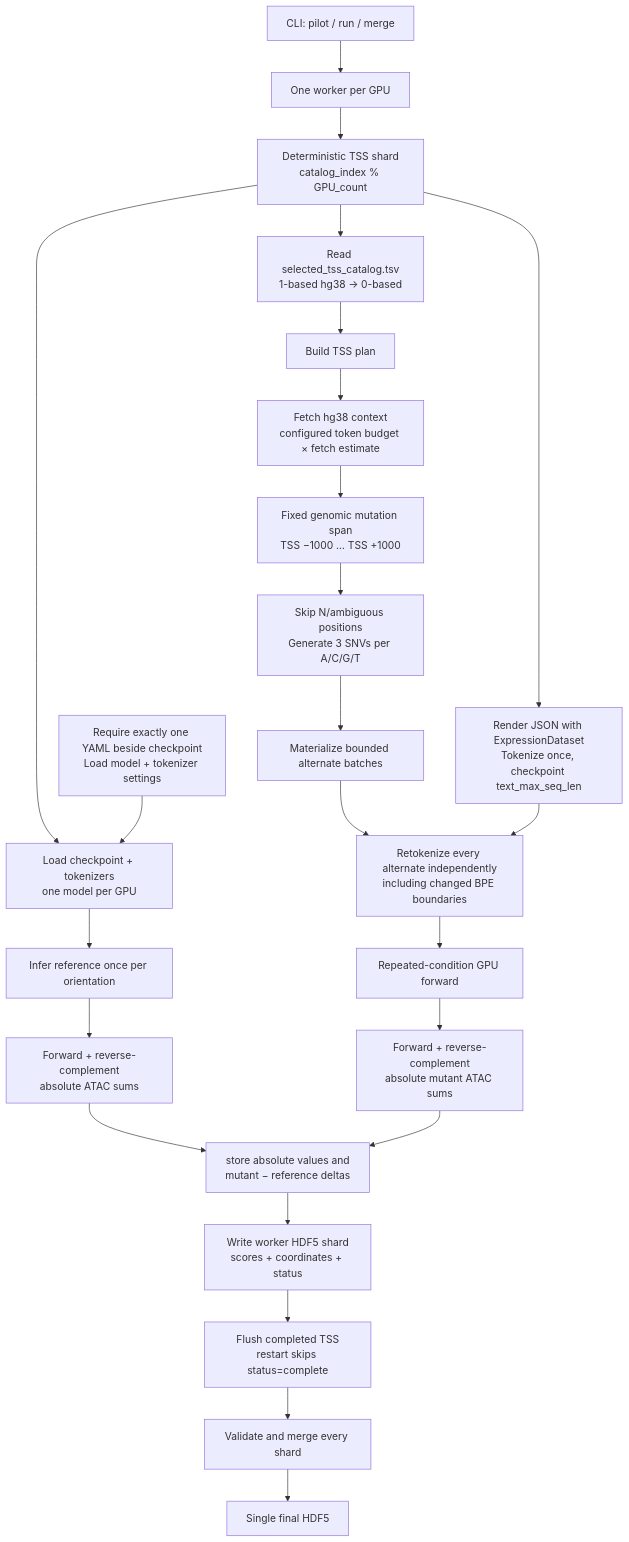
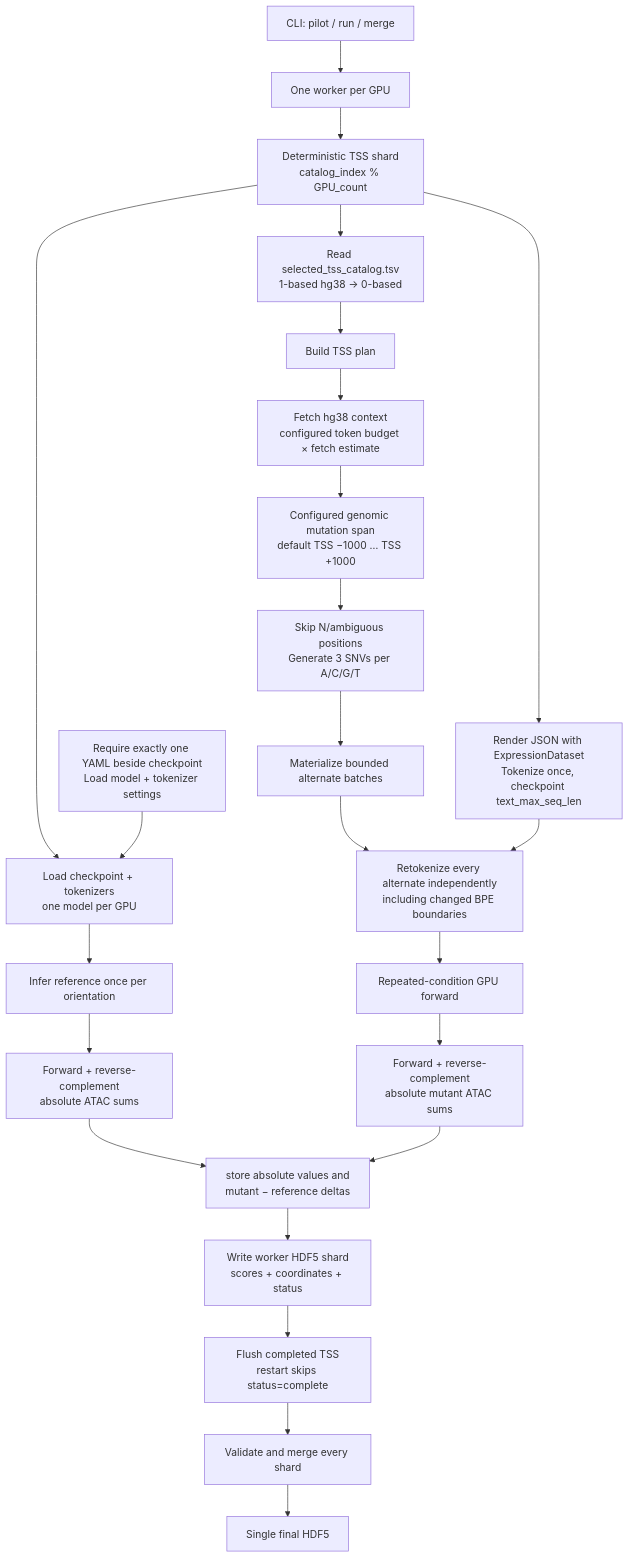
The diagram in downstream_tasks/expression_prediction/benchmarks/eQTL_genomics/CODE_REVIEW_GUIDE.md (AIRI-Institute/GENA_LM), drawn with Mermaid before and after one commit. The commit also changed other lines of this file and 4 other files, not shown here.

````diff
--- a/downstream_tasks/expression_prediction/benchmarks/eQTL_genomics/CODE_REVIEW_GUIDE.md
+++ b/downstream_tasks/expression_prediction/benchmarks/eQTL_genomics/CODE_REVIEW_GUIDE.md
@@ -14,32 +14,32 @@
 ```mermaid
 flowchart TD
     CLI["CLI: pilot / run / merge"] --> Launcher["One worker per GPU"]
     Launcher --> Shard["Deterministic TSS shard<br/>catalog_index % GPU_count"]
 
     Shard --> Catalog["Read selected_tss_catalog.tsv<br/>1-based hg38 → 0-based"]
     Shard --> Description["Render JSON with ExpressionDataset<br/>Tokenize once, checkpoint text_max_seq_len"]
     Shard --> Model["Load checkpoint + tokenizers<br/>one model per GPU"]
     ModelConfig["Require exactly one YAML beside checkpoint<br/>Load model + tokenizer settings"] --> Model
 
     Catalog --> Plan["Build TSS plan"]
     Plan --> Fetch["Fetch hg38 context<br/>configured token budget × fetch estimate"]
-    Fetch --> MutationSpan["Fixed genomic mutation span<br/>TSS −1000 … TSS +1000"]
+    Fetch --> MutationSpan["Configured genomic mutation span<br/>default TSS −1000 … TSS +1000"]
     MutationSpan --> Variants["Skip N/ambiguous positions<br/>Generate 3 SNVs per A/C/G/T"]
 
     Model --> Ref["Infer reference once per orientation"]
     Ref --> RefScore["Forward + reverse-complement<br/>absolute ATAC sums"]
 
     Variants --> Batch["Materialize bounded alternate batches"]
     Batch --> Retokenize["Retokenize every alternate independently<br/>including changed BPE boundaries"]
     Description --> Retokenize
     Retokenize --> GPU["Repeated-condition GPU forward"]
     GPU --> AltScore["Forward + reverse-complement<br/>absolute mutant ATAC sums"]
     RefScore --> Delta["store absolute values and<br/>mutant − reference deltas"]
     AltScore --> Delta
 
     Delta --> H5["Write worker HDF5 shard<br/>scores + coordinates + status"]
     H5 --> Resume["Flush completed TSS<br/>restart skips status=complete"]
 
     Resume --> Merge["Validate and merge every shard"]
     Merge --> Final["Single final HDF5"]
 ```
````
